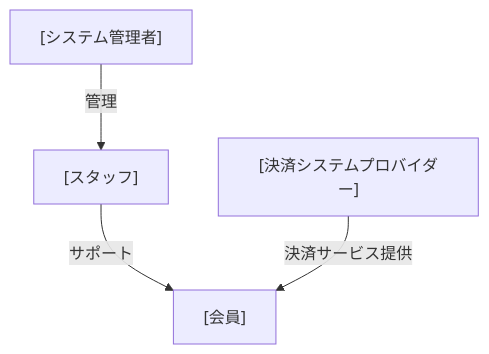
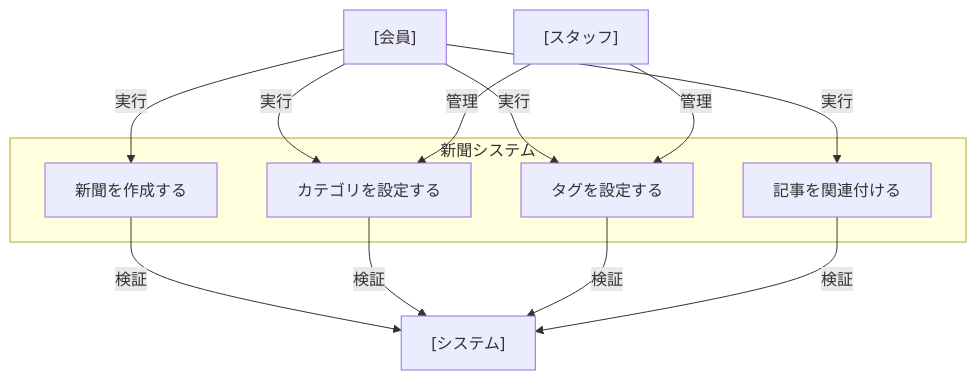
One commit to amano--/any changed the diagram in we-edit/docs/usecases/README.md. Above: the diagram before and after it, drawn with Mermaid. The commit also changed other lines of this file and 7 other files, not shown here.

````diff
--- a/we-edit/docs/usecases/README.md
+++ b/we-edit/docs/usecases/README.md
@@ -5,11 +7,26 @@
 ```mermaid
-graph TD
+graph TB
+    subgraph 新聞システム
+        UC1["新聞を作成する"]
+        UC2["カテゴリを設定する"]
+        UC3["タグを設定する"]
+        UC4["記事を関連付ける"]
+    end
+
     Member["[会員]"]
     Staff["[スタッフ]"]
-    SysAdmin["[システム管理者]"]
-    PaymentProvider["[決済システムプロバイダー]"]
+    System["[システム]"]
 
-    SysAdmin -->|管理| Staff
-    Staff -->|サポート| Member
-    PaymentProvider -->|決済サービス提供| Member
+    Member -->|実行| UC1
+    Member -->|実行| UC2
+    Member -->|実行| UC3
+    Member -->|実行| UC4
+
+    Staff -->|管理| UC2
+    Staff -->|管理| UC3
+
+    UC1 -->|検証| System
+    UC2 -->|検証| System
+    UC3 -->|検証| System
+    UC4 -->|検証| System
 ```
````
